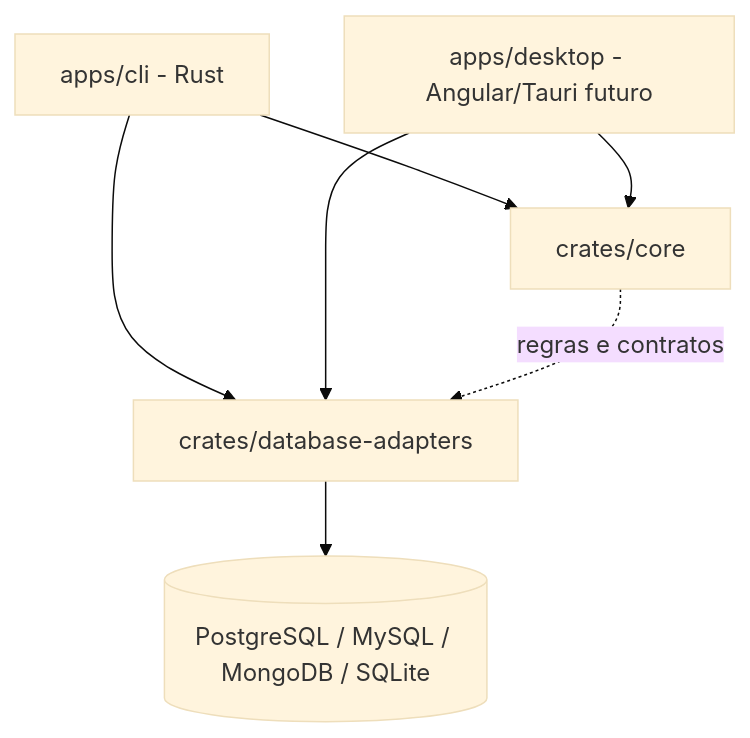
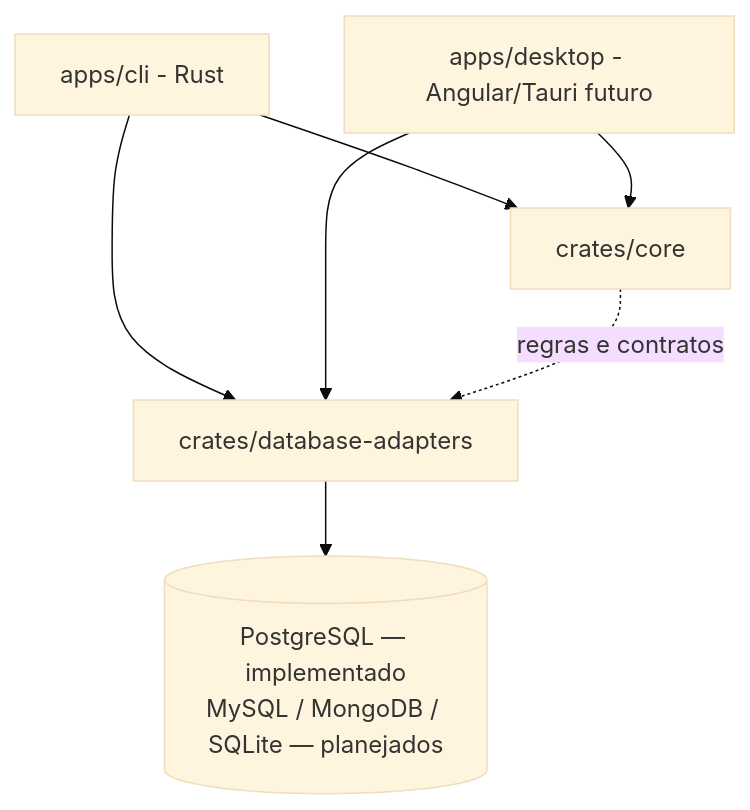
The first of 2 diagrams in docs/arquitetura.md (aqu1no1/database-backup-utility), drawn with Mermaid (base theme) before and after one commit. The commit also changed 9 other files, not shown here.

````diff
--- a/docs/arquitetura.md
+++ b/docs/arquitetura.md
@@ -3,9 +3,9 @@
 ```mermaid
 flowchart TD
   CLI[apps/cli - Rust] --> CORE[crates/core]
   DESKTOP[apps/desktop - Angular/Tauri futuro] --> CORE
   CLI --> ADAPTERS[crates/database-adapters]
   DESKTOP --> ADAPTERS
-  ADAPTERS --> DB[(PostgreSQL / MySQL / MongoDB / SQLite)]
+  ADAPTERS --> DB[(PostgreSQL — implementado<br/>MySQL / MongoDB / SQLite — planejados)]
   CORE -. regras e contratos .-> ADAPTERS
 ```
````
